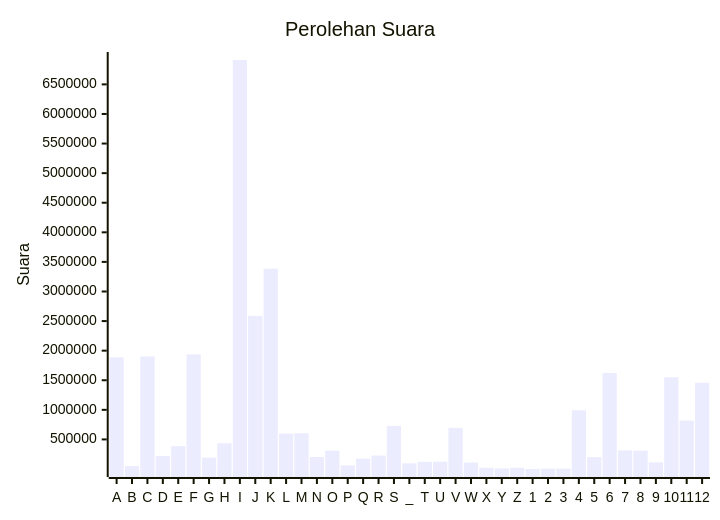
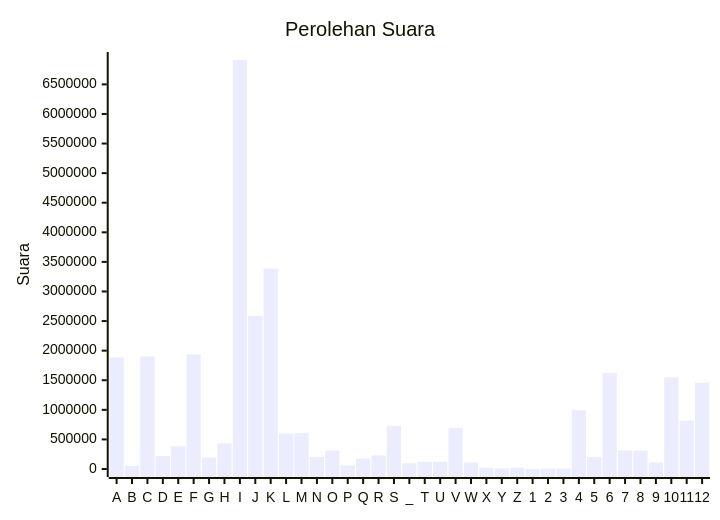
The diagram in pilpres/hitung-suara/sub/table-paslon-1.md (gigit-pemilu/pemilu-2024), drawn with Mermaid before and after one commit. The commit also changed other lines of this file and 42 other files, not shown here.

````diff
--- a/pilpres/hitung-suara/sub/table-paslon-1.md
+++ b/pilpres/hitung-suara/sub/table-paslon-1.md
@@ -7,7 +7,7 @@
 ```mermaid
 xychart-beta
     title "Perolehan Suara"
     x-axis [A, B, C, D, E, F, G, H, I, J, K, L, M, N, O, P, Q, R, S, _, T, U, V, W, X, Y, Z, 1, 2, 3, 4, 5, 6, 7, 8, 9, 10, 11, 12]
-    y-axis "Suara"
-    bar [1885991, 50573, 1902047, 218396, 385680, 1936408, 192164, 433738, 6912038, 2588113, 3385414, 598791, 605075, 203258, 310097, 60449, 175200, 227420, 729032, 96438, 120346, 122897, 694882, 109575, 21277, 9905, 20885, 145, 6167, 6312, 991827, 200900, 1623338, 313747, 310133, 111669, 1549933, 819167, 1457685]
+    y-axis "Suara" 0 --> 6912038
+    bar [1885991, 50573, 1902047, 218396, 385680, 1936408, 192164, 433738, 6912038, 2588113, 3385414, 598791, 605075, 203258, 310097, 60449, 175200, 227420, 729032, 96438, 120346, 122897, 694882, 109575, 21277, 9905, 20885, 145, 6167, 6312, 991827, 200900, 1623338, 313680, 310133, 111669, 1549933, 819167, 1457685]
 ```
````
